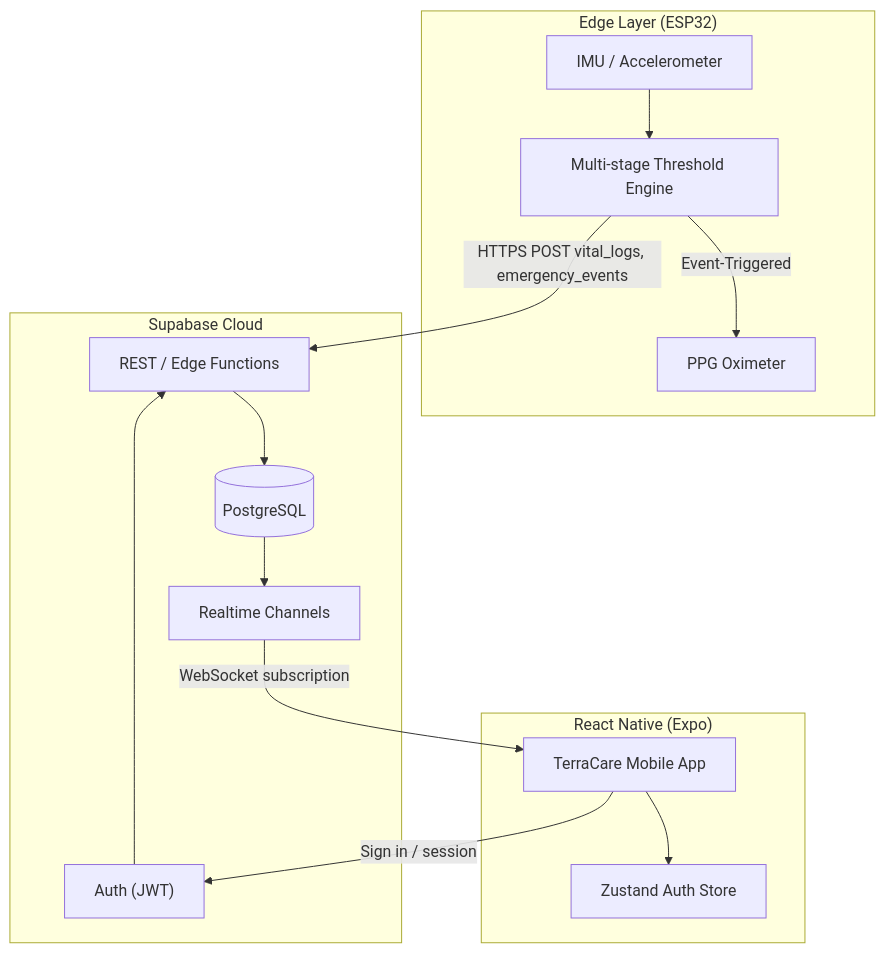
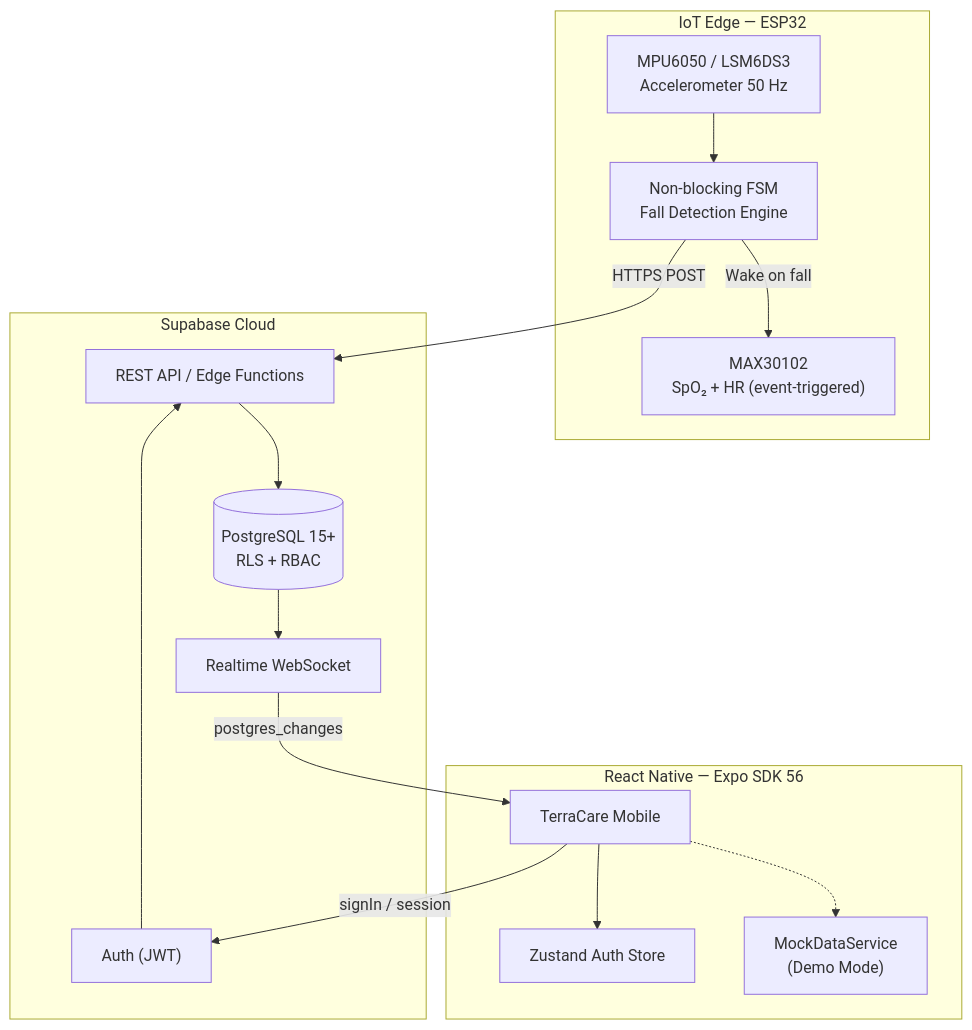
One commit to valdomuhammaddd/Terracare changed the first of 2 diagrams in README.md. Above: the diagram before and after it, drawn with Mermaid. The commit also changed other lines of this file and 24 other files, not shown here.

First line of the commit message:
fix(mobile): wire dead interactions, family SOS flow, and auth touch targets

````diff
--- a/README.md
+++ b/README.md
@@ -22,30 +145,32 @@
 ```mermaid
 flowchart TB
-    subgraph Edge["Edge Layer (ESP32)"]
-        IMU["IMU / Accelerometer"]
-        PPG["PPG Oximeter"]
-        ALG["Multi-stage Threshold Engine"]
-        IMU --> ALG
-        ALG -->|"Event-Triggered"| PPG
+    subgraph Edge["IoT Edge — ESP32"]
+        IMU["MPU6050 / LSM6DS3<br/>Accelerometer 50 Hz"]
+        PPG["MAX30102<br/>SpO₂ + HR (event-triggered)"]
+        FSM["Non-blocking FSM<br/>Fall Detection Engine"]
+        IMU --> FSM
+        FSM -->|"Wake on fall"| PPG
     end
 
     subgraph Cloud["Supabase Cloud"]
-        REST["REST / Edge Functions"]
-        PG[("PostgreSQL")]
-        RT["Realtime Channels"]
+        REST["REST API / Edge Functions"]
+        PG[("PostgreSQL 15+<br/>RLS + RBAC")]
+        RT["Realtime WebSocket"]
         AUTH["Auth (JWT)"]
         REST --> PG
         PG --> RT
         AUTH --> REST
     end
 
-    subgraph Client["React Native (Expo)"]
-        APP["TerraCare Mobile App"]
+    subgraph Mobile["React Native — Expo SDK 56"]
+        APP["TerraCare Mobile"]
         ZST["Zustand Auth Store"]
+        DEMO["MockDataService<br/>(Demo Mode)"]
         APP --> ZST
+        APP -.-> DEMO
     end
 
-    ALG -->|"HTTPS POST vital_logs, emergency_events"| REST
-    RT -->|"WebSocket subscription"| APP
-    APP -->|"Sign in / session"| AUTH
+    FSM -->|"HTTPS POST"| REST
+    RT -->|"postgres_changes"| APP
+    APP -->|"signIn / session"| AUTH
 ```
````
